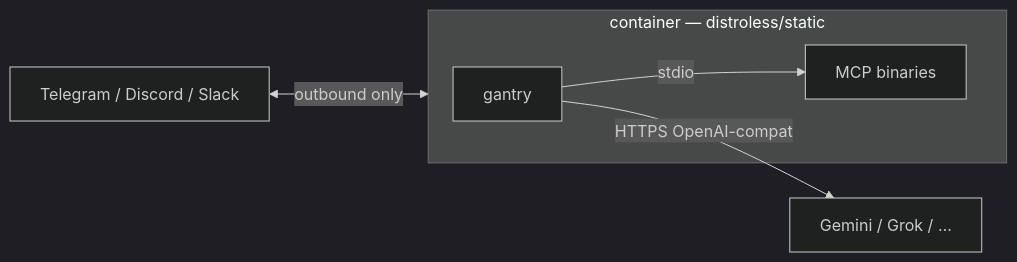
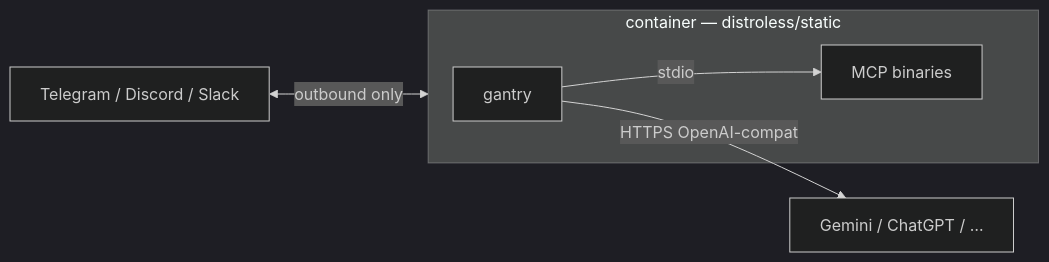
Before and after one commit to shotah/ai-gantry: the diagram in docs/deploy-docker.md, drawn with Mermaid (dark theme). The commit also changed other lines of this file and 13 other files, not shown here.

````diff
--- a/docs/deploy-docker.md
+++ b/docs/deploy-docker.md
@@ -23,10 +23,10 @@
 ```mermaid
 flowchart LR
   TG[Telegram / Discord / Slack] <-->|outbound only| C
   subgraph C["container — distroless/static"]
     G[gantry]
     M[MCP binaries]
     G -->|stdio| M
   end
-  G -->|HTTPS OpenAI-compat| LLM[Gemini / Grok / …]
+  G -->|HTTPS OpenAI-compat| LLM[Gemini / ChatGPT / …]
 ```
````
